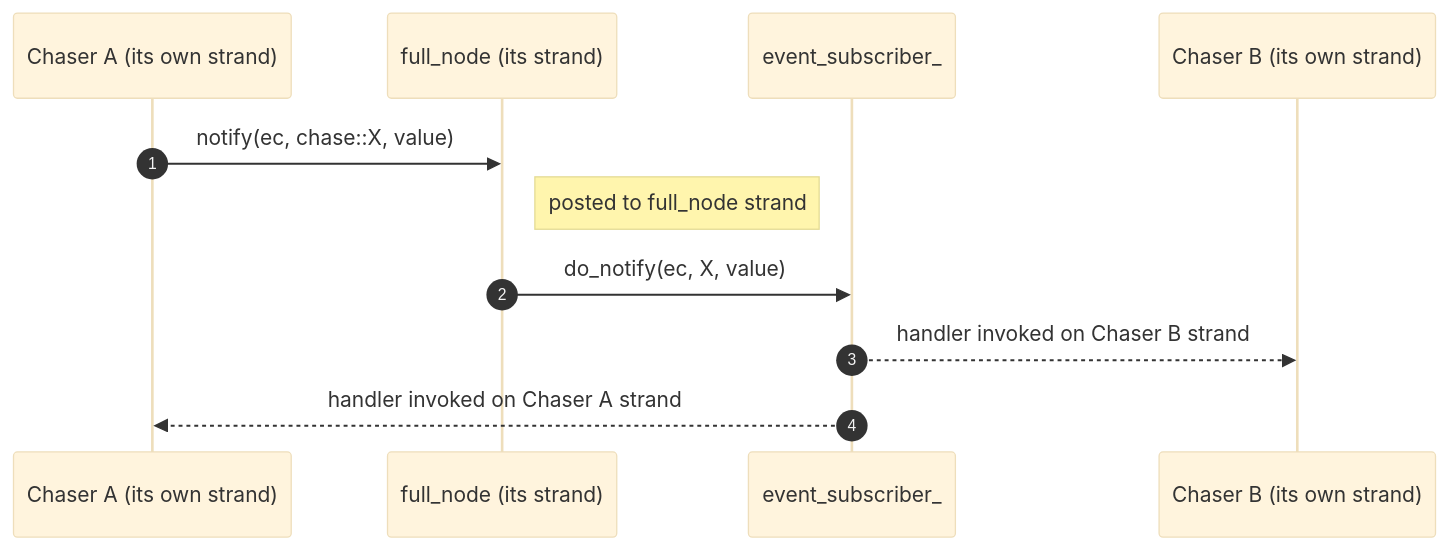
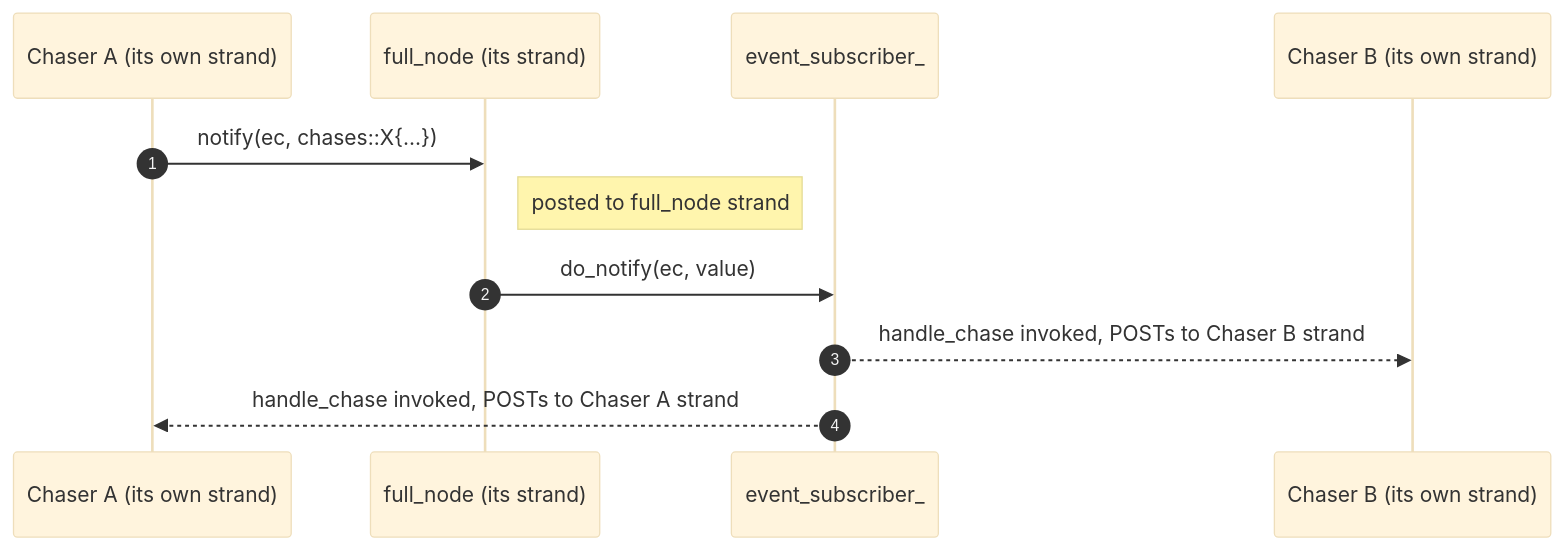
One commit to libbitcoin/libbitcoin.github.io changed the third of 5 diagrams in architecture/md/00-overview.md. Above: the diagram before and after it, drawn with Mermaid (base theme). The commit also changed other lines of this file and 31 other files, not shown here.

Commit message:
Add the node architecture pages.

````diff
--- a/architecture/md/00-overview.md
+++ b/architecture/md/00-overview.md
@@ -117,14 +130,14 @@
 ```mermaid
 sequenceDiagram
     autonumber
     participant ChaserA as Chaser A (its own strand)
     participant Node as full_node (its strand)
     participant Bus as event_subscriber_
     participant ChaserB as Chaser B (its own strand)
 
-    ChaserA->>Node: notify(ec, chase::X, value)
+    ChaserA->>Node: notify(ec, chases::X{...})
     Note right of Node: posted to full_node strand
-    Node->>Bus: do_notify(ec, X, value)
-    Bus-->>ChaserB: handler invoked on Chaser B strand
-    Bus-->>ChaserA: handler invoked on Chaser A strand
+    Node->>Bus: do_notify(ec, value)
+    Bus-->>ChaserB: handle_chase invoked, POSTs to Chaser B strand
+    Bus-->>ChaserA: handle_chase invoked, POSTs to Chaser A strand
 ```
````
